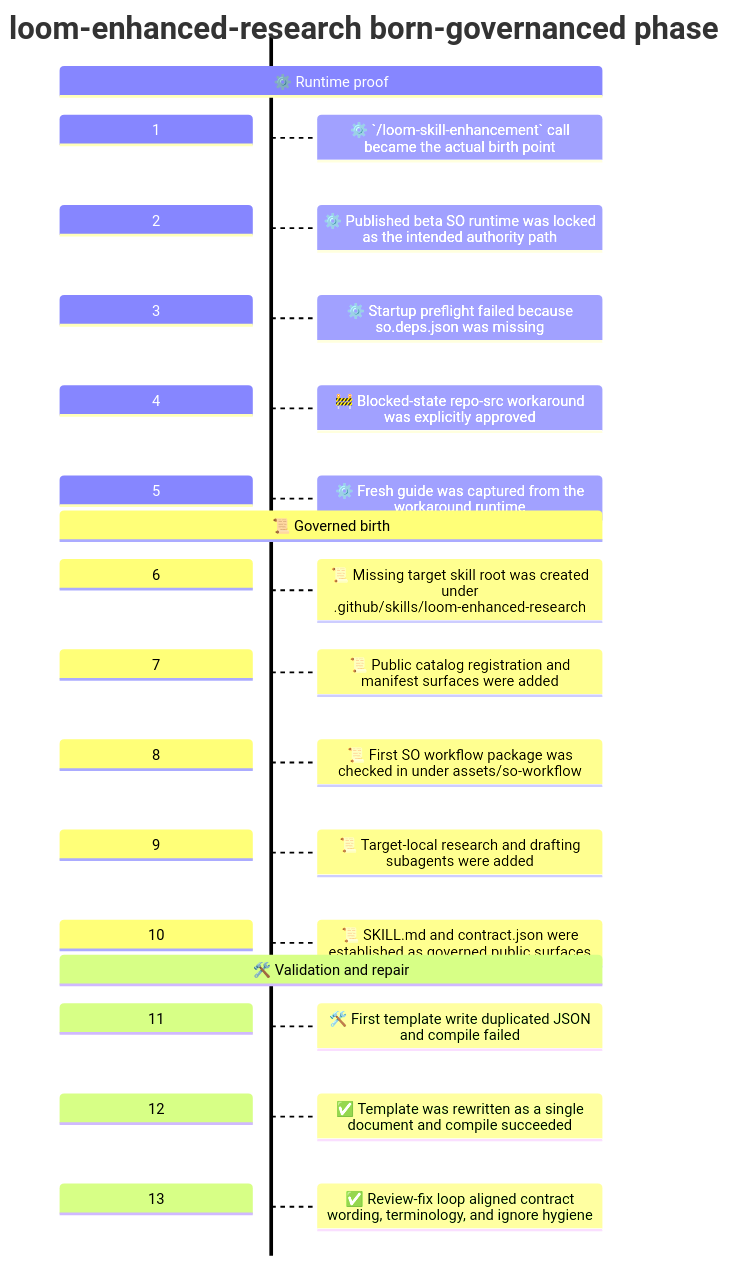
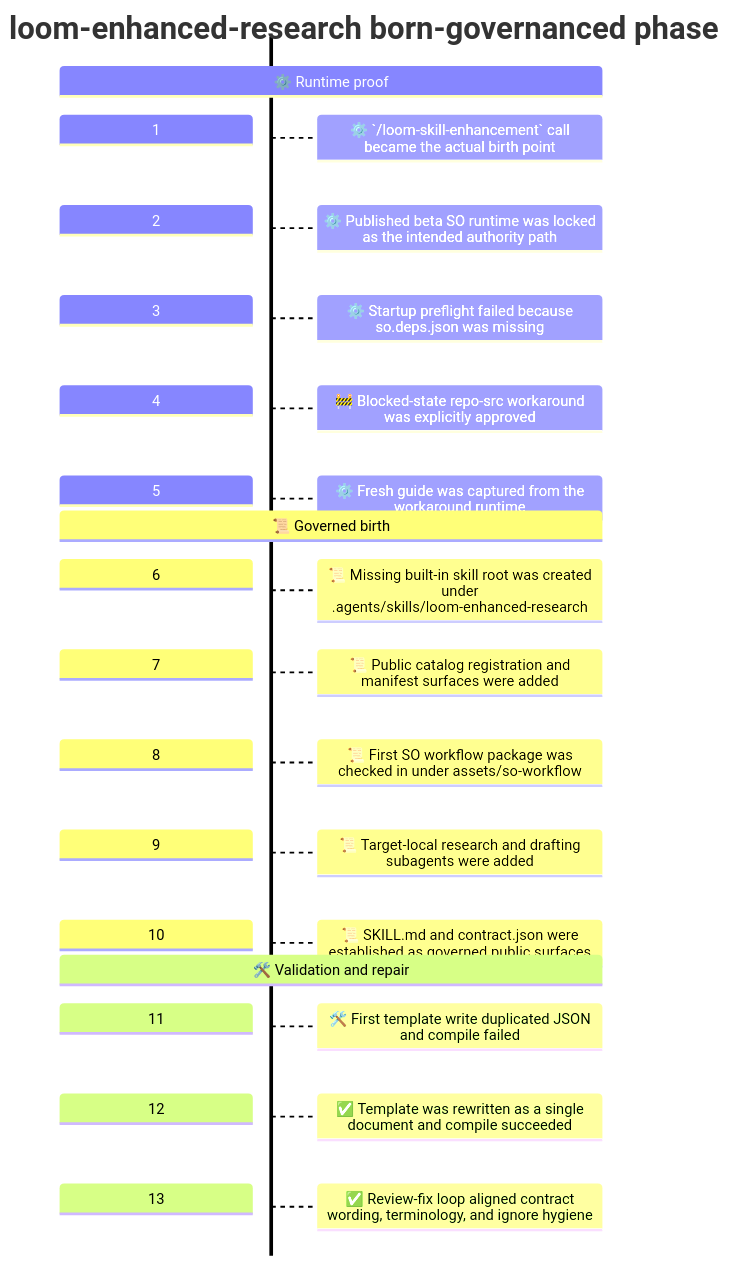
Before and after one commit to waynebaby/Techne-Loom: the first of 2 diagrams in demos/loom-enhanced-research/3. Born-governanced/Readme.md, drawn with Mermaid. The commit also changed other lines of this file and 21 other files, not shown here.

First line of the commit message:
refactor: move skill files to .agents directory and update references

````diff
--- a/demos/loom-enhanced-research/3. Born-governanced/Readme.md
+++ b/demos/loom-enhanced-research/3. Born-governanced/Readme.md
@@ -30,20 +30,20 @@
 ```mermaid
 timeline TD
     title loom-enhanced-research born-governanced phase
     section ⚙️ Runtime proof
         1 : ⚙️ `/loom-skill-enhancement` call became the actual birth point
         2 : ⚙️ Published beta SO runtime was locked as the intended authority path
         3 : ⚙️ Startup preflight failed because so.deps.json was missing
         4 : 🚧 Blocked-state repo-src workaround was explicitly approved
         5 : ⚙️ Fresh guide was captured from the workaround runtime
     section 📜 Governed birth
-        6 : 📜 Missing target skill root was created under .github/skills/loom-enhanced-research
+        6 : 📜 Missing built-in skill root was created under .agents/skills/loom-enhanced-research
         7 : 📜 Public catalog registration and manifest surfaces were added
         8 : 📜 First SO workflow package was checked in under assets/so-workflow
         9 : 📜 Target-local research and drafting subagents were added
         10 : 📜 SKILL.md and contract.json were established as governed public surfaces
     section 🛠️ Validation and repair
         11 : 🛠️ First template write duplicated JSON and compile failed
         12 : ✅ Template was rewritten as a single document and compile succeeded
         13 : ✅ Review-fix loop aligned contract wording, terminology, and ignore hygiene
 ```
````
